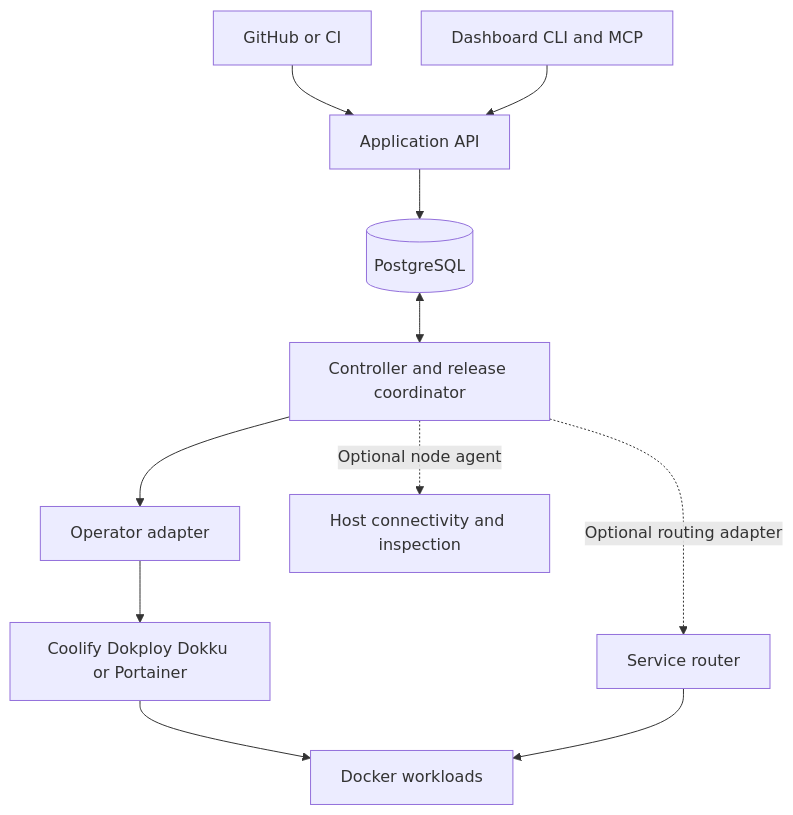
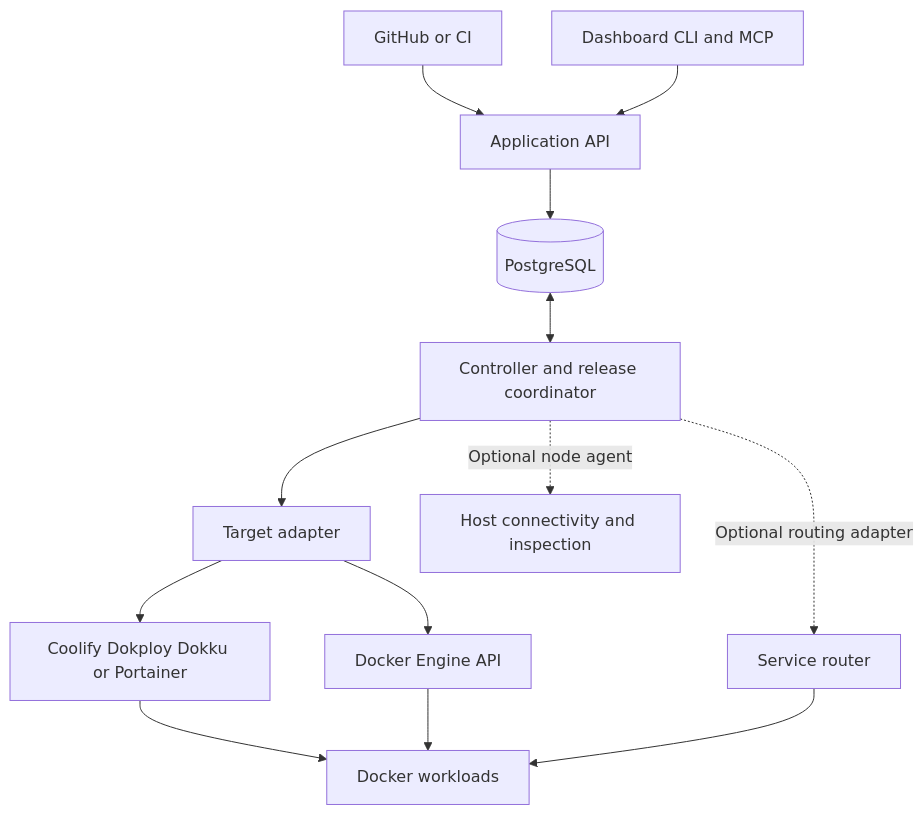
Before and after one commit to mohsalsaleem/OpenAppPlatform: the diagram in docs/product-and-architecture.md, drawn with Mermaid. The commit also changed other lines of this file and 2 other files, not shown here.

Commit message:
Name OpenAppPlatform and define first-class bare Docker support

````diff
--- a/docs/product-and-architecture.md
+++ b/docs/product-and-architecture.md
@@ -63,13 +63,15 @@
 ```mermaid
 flowchart TB
     G[GitHub or CI] --> A[Application API]
     U[Dashboard CLI and MCP] --> A
     A --> D[(PostgreSQL)]
     D <--> C[Controller and release coordinator]
-    C --> O[Operator adapter]
+    C --> O[Target adapter]
     O --> P[Coolify Dokploy Dokku or Portainer]
     P --> I[Docker workloads]
+    O --> E[Docker Engine API]
+    E --> I
     C -. Optional routing adapter .-> R[Service router]
     R --> I
     C -. Optional node agent .-> N[Host connectivity and inspection]
 ```
````
